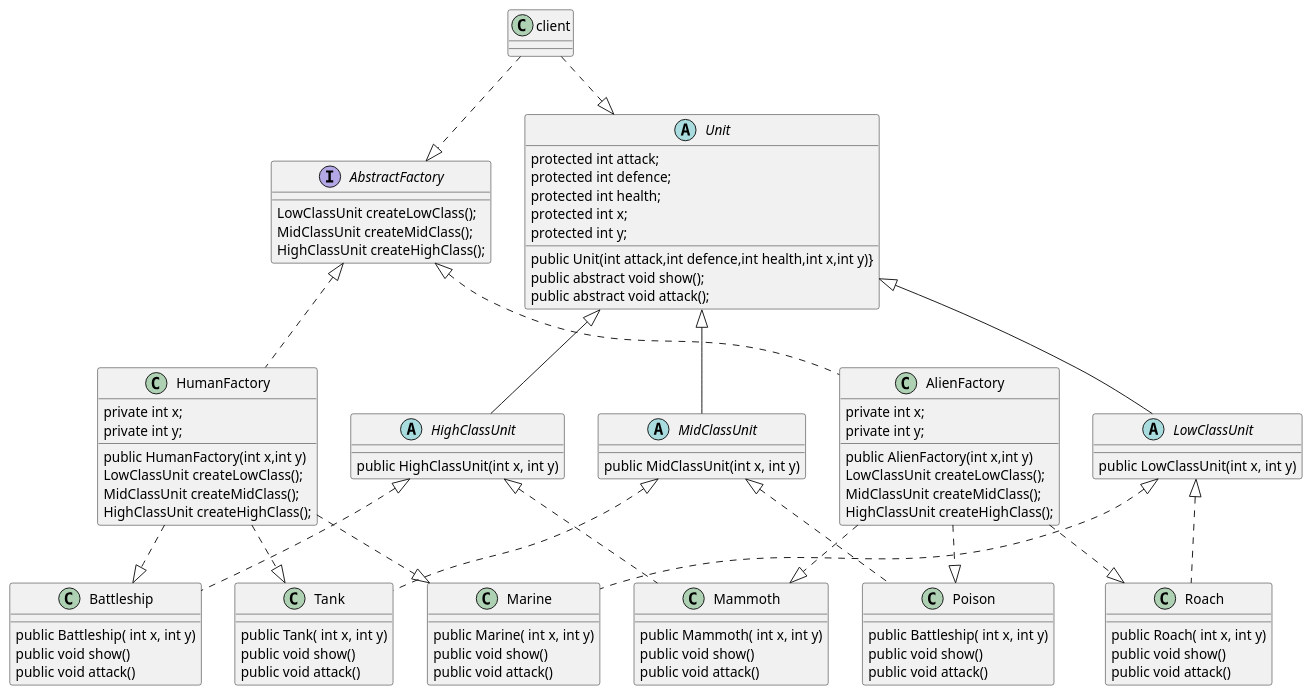
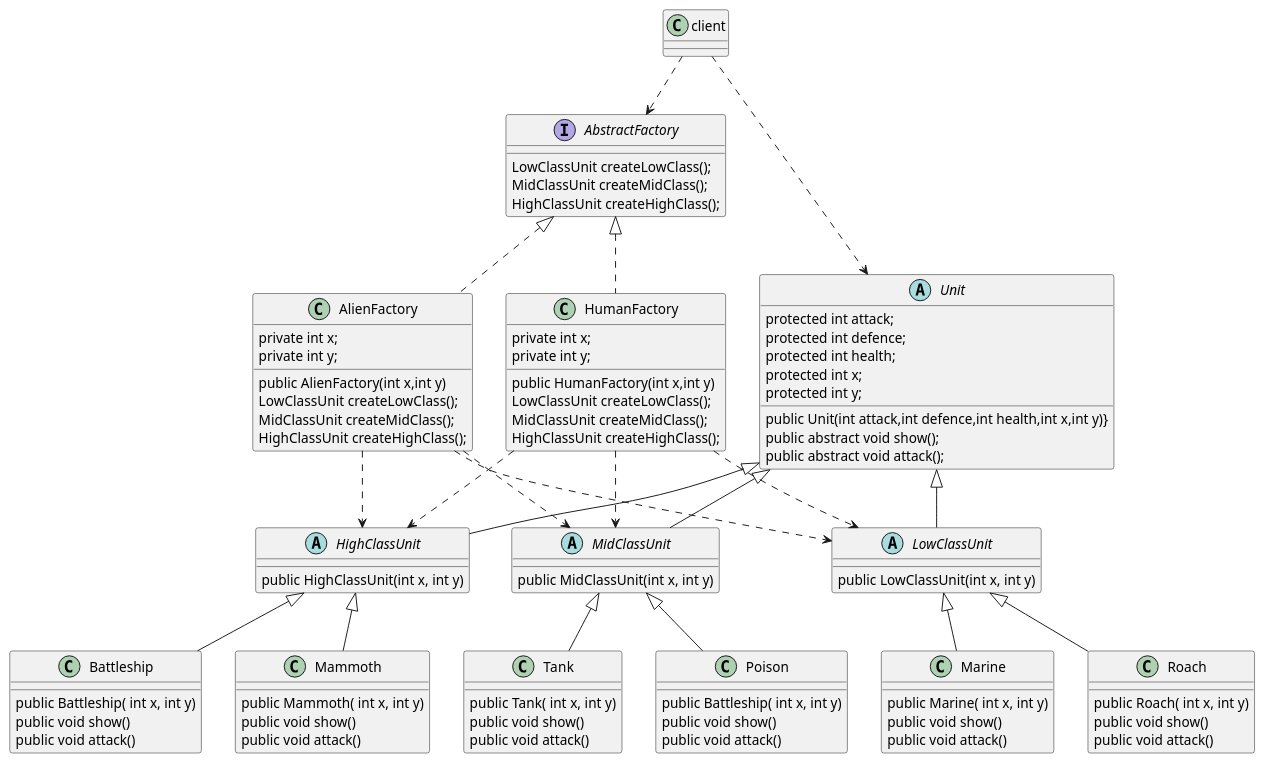
Before and after one commit to WRJcode/md-design-pattern: the diagram in abstract-factory/src/main/java/org/arvinw/example5/example5.puml, drawn with PlantUML. The commit also changed 111 other files, not shown here.

Commit message:
update UML file and uml picture

```diff
--- a/abstract-factory/src/main/java/org/arvinw/example5/example5.puml
+++ b/abstract-factory/src/main/java/org/arvinw/example5/example5.puml
@@ -1,118 +1,118 @@
 @startuml
 'https://plantuml.com/class-diagram
 
 class client
 
 interface AbstractFactory {
     LowClassUnit createLowClass();
     MidClassUnit createMidClass();
     HighClassUnit createHighClass();
 }
 
 class HumanFactory{
     private int x;
     private int y;
 
     public HumanFactory(int x,int y)
     LowClassUnit createLowClass();
     MidClassUnit createMidClass();
     HighClassUnit createHighClass();
 }
 
 class AlienFactory{
     private int x;
     private int y;
 
     public AlienFactory(int x,int y)
     LowClassUnit createLowClass();
     MidClassUnit createMidClass();
     HighClassUnit createHighClass();
 }
 
 abstract class Unit {
     protected int attack;
     protected int defence;
     protected int health;
     protected int x;
     protected int y;
 
     public Unit(int attack,int defence,int health,int x,int y)}
     public abstract void show();
     public abstract void attack();
 }
 
 abstract class HighClassUnit{
     public HighClassUnit(int x, int y)
 }
 
 abstract class MidClassUnit{
     public MidClassUnit(int x, int y)
 }
 
 abstract class LowClassUnit{
     public LowClassUnit(int x, int y)
 }
 
 class Battleship{
     public Battleship( int x, int y)
     public void show()
     public void attack()
 }
 
 class Mammoth{
     public Mammoth( int x, int y)
     public void show()
     public void attack()
 }
 
 class Tank{
     public Tank( int x, int y)
     public void show()
     public void attack()
 }
 
 class Poison{
     public Battleship( int x, int y)
     public void show()
     public void attack()
 }
 
 class Marine{
     public Marine( int x, int y)
     public void show()
     public void attack()
 }
 
 class Roach{
     public Roach( int x, int y)
     public void show()
     public void attack()
 }
 
 AbstractFactory <|.. AlienFactory
 AbstractFactory <|.. HumanFactory
 
 Unit <|-- HighClassUnit
 Unit <|-- MidClassUnit
 Unit <|-- LowClassUnit
 
-HighClassUnit <|.. Mammoth
-HighClassUnit <|.. Battleship
+HighClassUnit <|-- Mammoth
+HighClassUnit <|-- Battleship
 
-MidClassUnit <|.. Poison
-MidClassUnit <|.. Tank
+MidClassUnit <|-- Poison
+MidClassUnit <|-- Tank
 
-LowClassUnit <|.. Roach
-LowClassUnit <|.. Marine
+LowClassUnit <|-- Roach
+LowClassUnit <|-- Marine
 
-HumanFactory ..|> Battleship
-HumanFactory ..|> Tank
-HumanFactory ..|> Marine
+HumanFactory ..> HighClassUnit
+HumanFactory ..> MidClassUnit
+HumanFactory ..> LowClassUnit
 
-AlienFactory ..|> Mammoth
-AlienFactory ..|> Poison
-AlienFactory ..|> Roach
+AlienFactory ..> HighClassUnit
+AlienFactory ..> MidClassUnit
+AlienFactory ..> LowClassUnit
 
-client ..|> AbstractFactory
-client ..|> Unit
+client ..> AbstractFactory
+client ..> Unit
 @enduml
```
